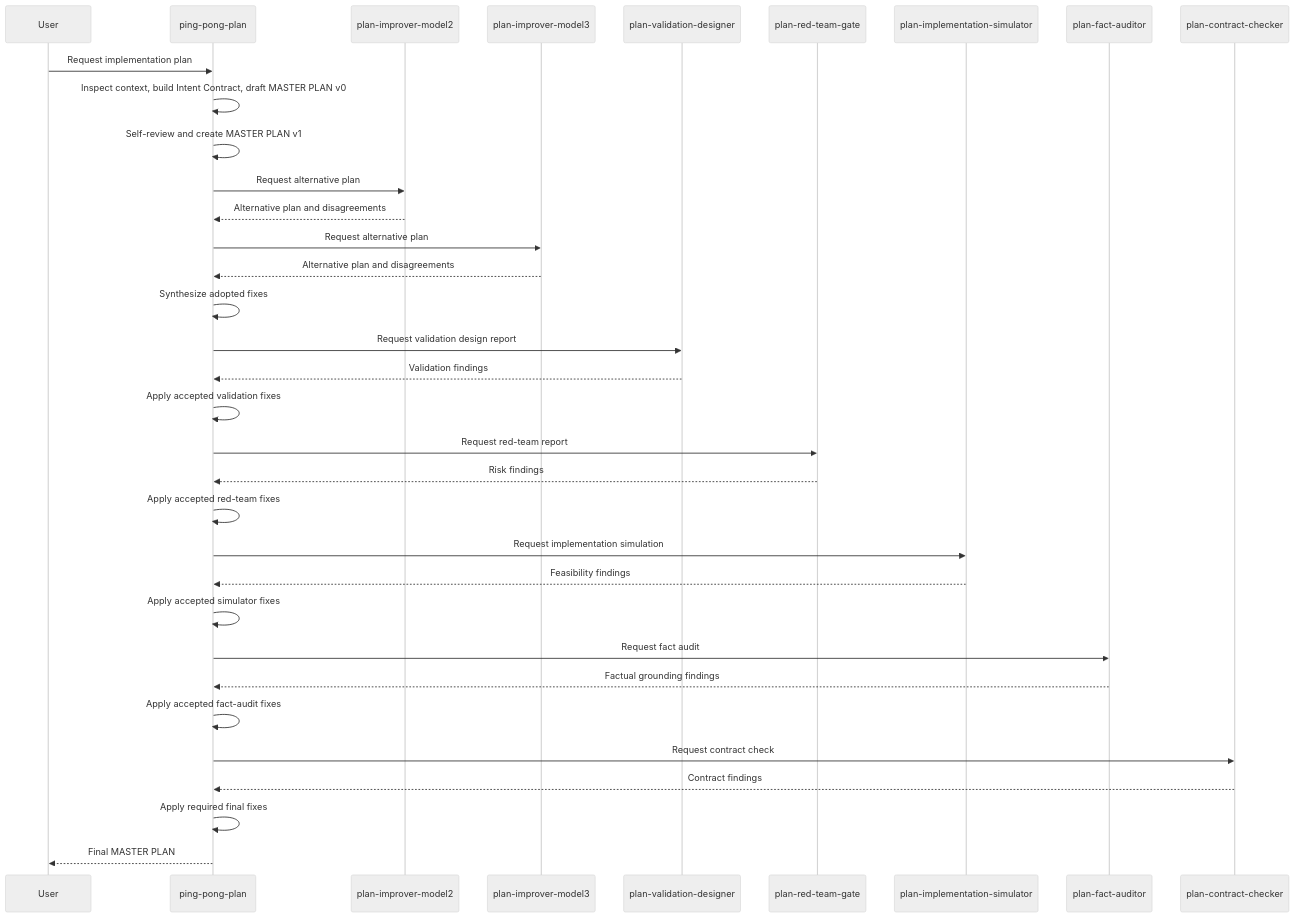
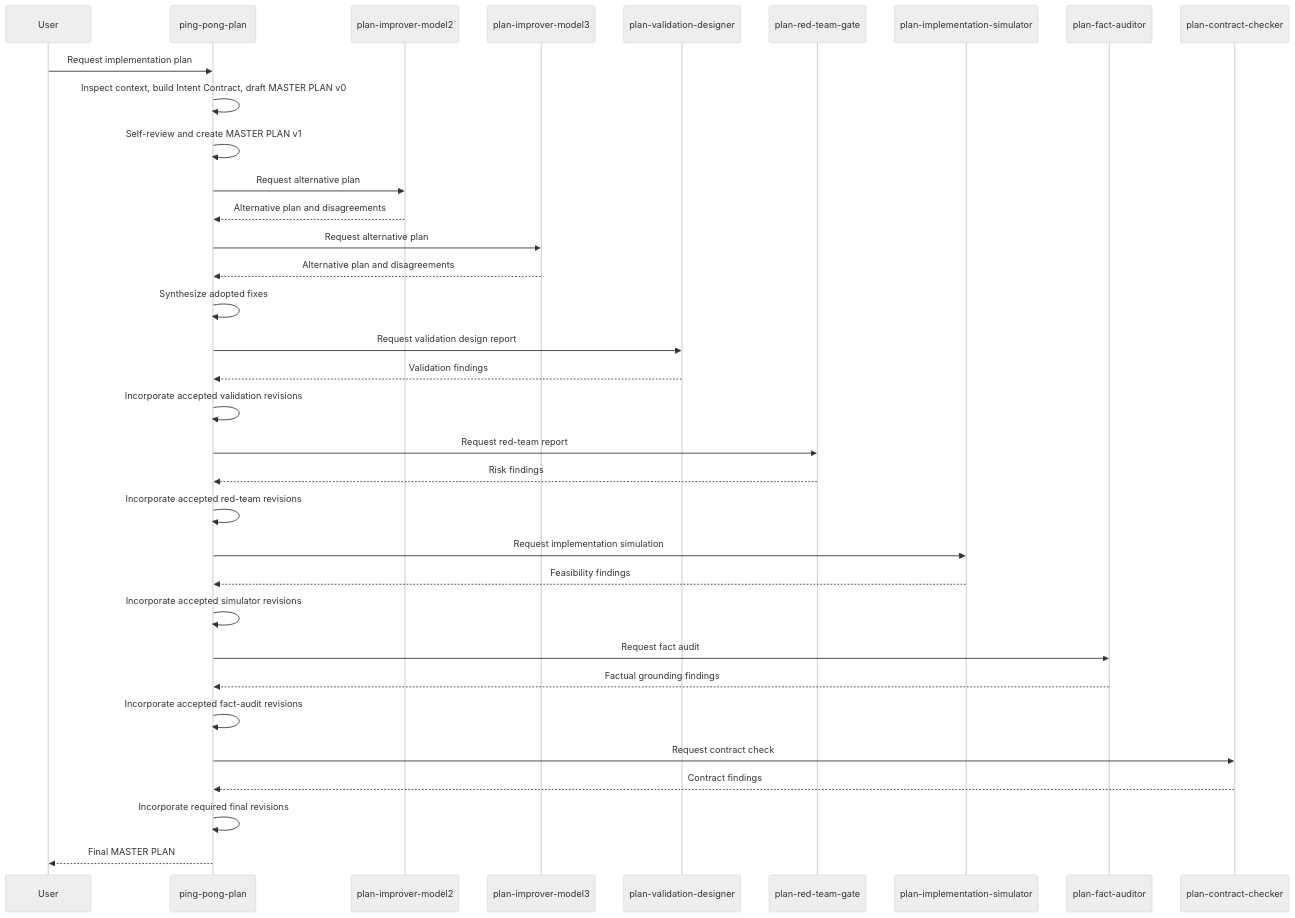
One commit to Hugloss/agentsCookbook changed the diagram in .opencode/PING_PONG_PLAN_FLOW.md. Above: the diagram before and after it, drawn with Mermaid (neutral theme). The commit also changed other lines of this file and 8 other files, not shown here.

````diff
--- a/.opencode/PING_PONG_PLAN_FLOW.md
+++ b/.opencode/PING_PONG_PLAN_FLOW.md
@@ -63,37 +65,37 @@
 ```mermaid
 sequenceDiagram
     participant U as User
     participant M1 as ping-pong-plan
     participant M2 as plan-improver-model2
     participant M3 as plan-improver-model3
     participant VD as plan-validation-designer
     participant RT as plan-red-team-gate
     participant IS as plan-implementation-simulator
     participant FA as plan-fact-auditor
     participant CC as plan-contract-checker
 
     U->>M1: Request implementation plan
     M1->>M1: Inspect context, build Intent Contract, draft MASTER PLAN v0
     M1->>M1: Self-review and create MASTER PLAN v1
     M1->>M2: Request alternative plan
     M2-->>M1: Alternative plan and disagreements
     M1->>M3: Request alternative plan
     M3-->>M1: Alternative plan and disagreements
     M1->>M1: Synthesize adopted fixes
     M1->>VD: Request validation design report
     VD-->>M1: Validation findings
-    M1->>M1: Apply accepted validation fixes
+    M1->>M1: Incorporate accepted validation revisions
     M1->>RT: Request red-team report
     RT-->>M1: Risk findings
-    M1->>M1: Apply accepted red-team fixes
+    M1->>M1: Incorporate accepted red-team revisions
     M1->>IS: Request implementation simulation
     IS-->>M1: Feasibility findings
-    M1->>M1: Apply accepted simulator fixes
+    M1->>M1: Incorporate accepted simulator revisions
     M1->>FA: Request fact audit
     FA-->>M1: Factual grounding findings
-    M1->>M1: Apply accepted fact-audit fixes
+    M1->>M1: Incorporate accepted fact-audit revisions
     M1->>CC: Request contract check
     CC-->>M1: Contract findings
-    M1->>M1: Apply required final fixes
+    M1->>M1: Incorporate required final revisions
     M1-->>U: Final MASTER PLAN
 ```
````
